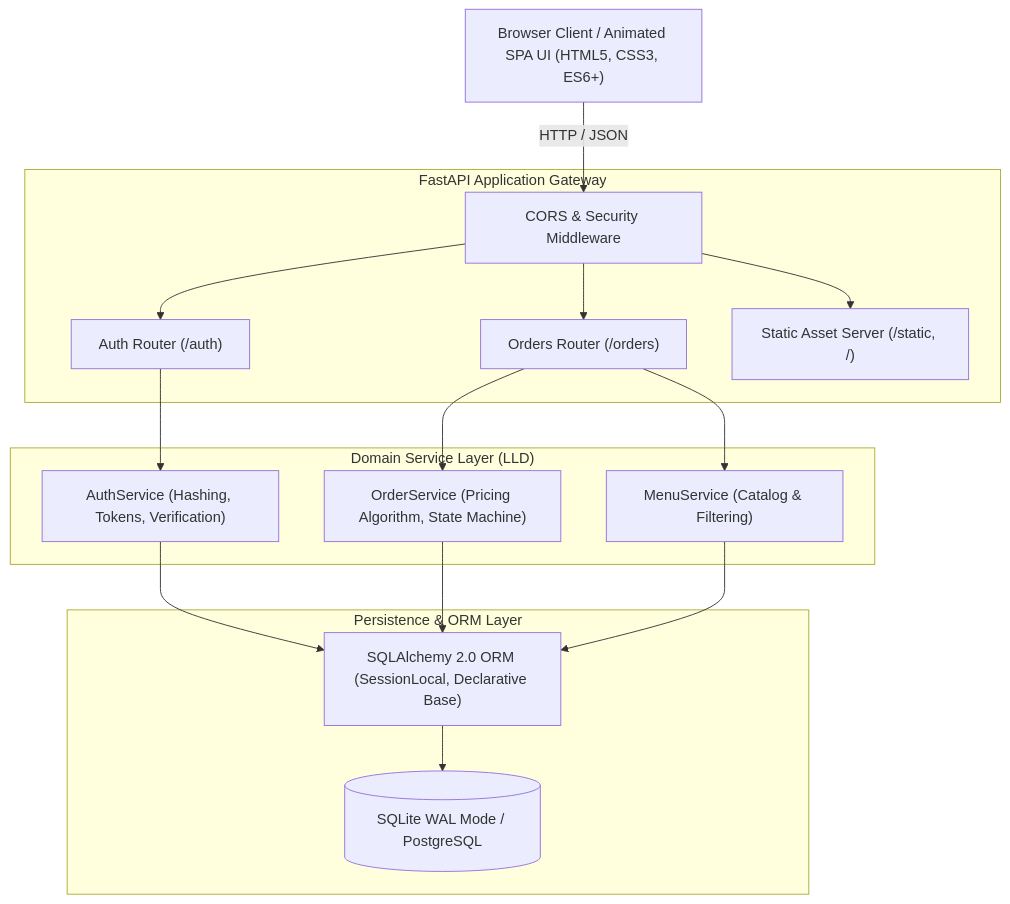
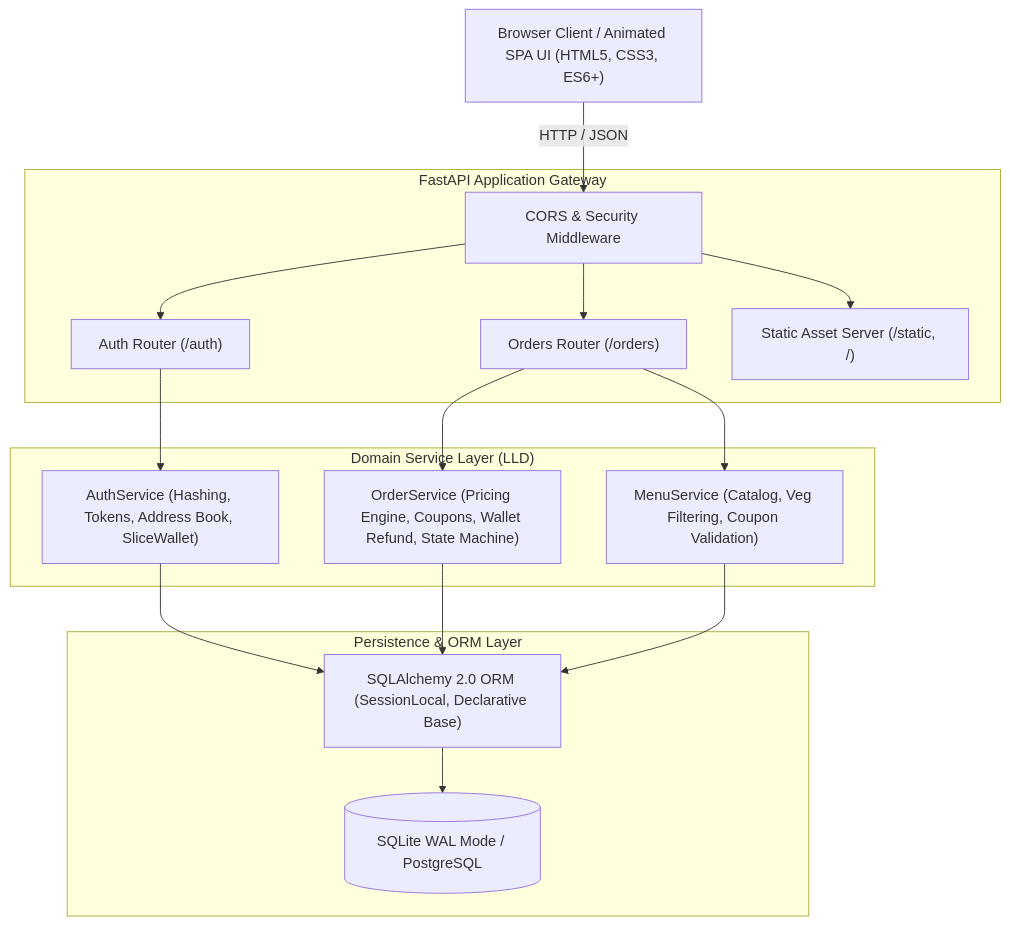
One commit to vaibhav2616/Pizza-Delivery-API changed the diagram in README.md. Above: the diagram before and after it, drawn with Mermaid. The commit also changed other lines of this file, not shown here.

Commit message:
docs: enrich README with Rupee economy, SliceWallet, and coupon architecture

````diff
--- a/README.md
+++ b/README.md
@@ -33,37 +42,37 @@
 ```mermaid
 flowchart TD
     Client["Browser Client / Animated SPA UI (HTML5, CSS3, ES6+)"]
     
     subgraph FastAPI_Backend ["FastAPI Application Gateway"]
         CORS["CORS & Security Middleware"]
         RouterAuth["Auth Router (/auth)"]
         RouterOrders["Orders Router (/orders)"]
         StaticServe["Static Asset Server (/static, /)"]
     end
     
     subgraph Service_Layer ["Domain Service Layer (LLD)"]
-        AuthSvc["AuthService (Hashing, Tokens, Verification)"]
-        OrderSvc["OrderService (Pricing Algorithm, State Machine)"]
-        MenuSvc["MenuService (Catalog & Filtering)"]
+        AuthSvc["AuthService (Hashing, Tokens, Address Book, SliceWallet)"]
+        OrderSvc["OrderService (Pricing Engine, Coupons, Wallet Refund, State Machine)"]
+        MenuSvc["MenuService (Catalog, Veg Filtering, Coupon Validation)"]
     end
     
     subgraph Data_Layer ["Persistence & ORM Layer"]
         SQLA["SQLAlchemy 2.0 ORM (SessionLocal, Declarative Base)"]
         DB[(SQLite WAL Mode / PostgreSQL)]
     end
 
     Client -->|HTTP / JSON| CORS
     CORS --> RouterAuth
     CORS --> RouterOrders
     CORS --> StaticServe
     
     RouterAuth --> AuthSvc
     RouterOrders --> OrderSvc
     RouterOrders --> MenuSvc
     
     AuthSvc --> SQLA
     OrderSvc --> SQLA
     MenuSvc --> SQLA
     
     SQLA --> DB
 ```
````
